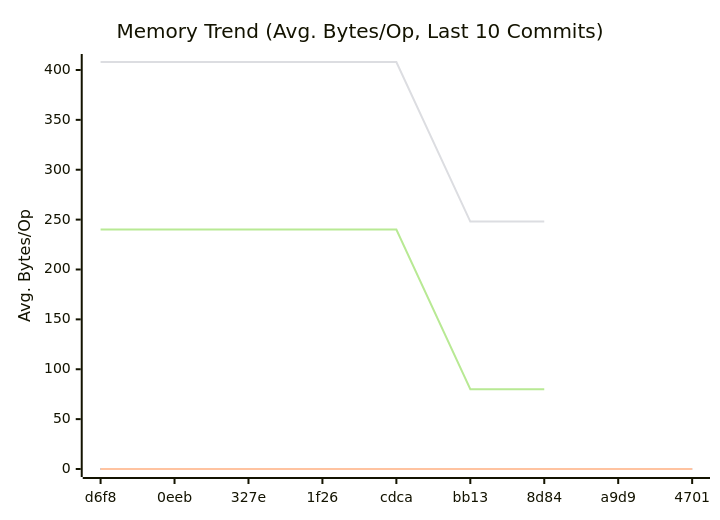
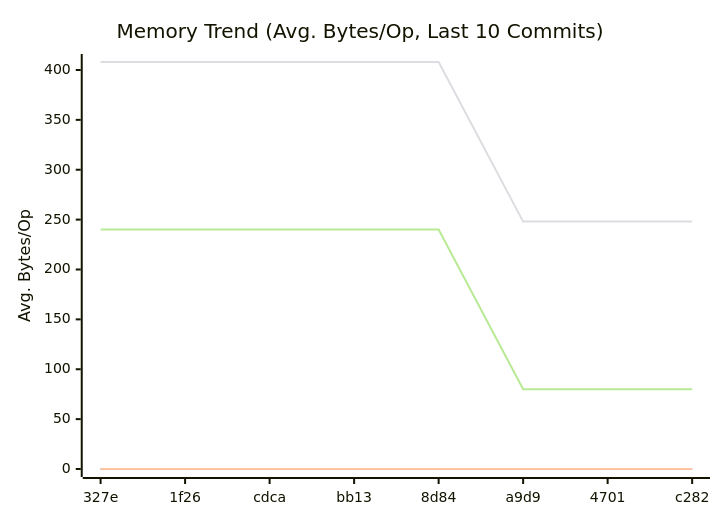
One commit to alsotoes/momo changed the second of 3 diagrams in doc/README.md. Above: the diagram before and after it, drawn with Mermaid. The commit also changed other lines of this file and 1 other file, not shown here.

````diff
--- a/doc/README.md
+++ b/doc/README.md
@@ -309,12 +309,12 @@
 ```mermaid
 xychart-beta
     title "Memory Trend (Avg. Bytes/Op, Last 10 Commits)"
     x-axis "Commit"
     y-axis "Avg. Bytes/Op"
-    x-axis [d6f8,0eeb,327e,1f26,cdca,bb13,8d84,a9d9,4701]
+    x-axis [327e,1f26,cdca,bb13,8d84,a9d9,4701,c282]
     line "CheckMetricsAndSwap" [0,0,0,0,0,0,0,0,0,0]
     line "IndexDirectTracking" [0,0,0,0,0,0,0,0,0,0]
     line "IndexSearch" [0,0,0,0,0,0,0,0,0,0]
-    line "ParseReplicationOrder_NoPrealloc" [408,408,408,408,408,248,248]
-    line "ParseReplicationOrder_Prealloc" [240,240,240,240,240,80,80]
+    line "ParseReplicationOrder_NoPrealloc" [408,408,408,408,408,248,248,248]
+    line "ParseReplicationOrder_Prealloc" [240,240,240,240,240,80,80,80]
 ```
````
